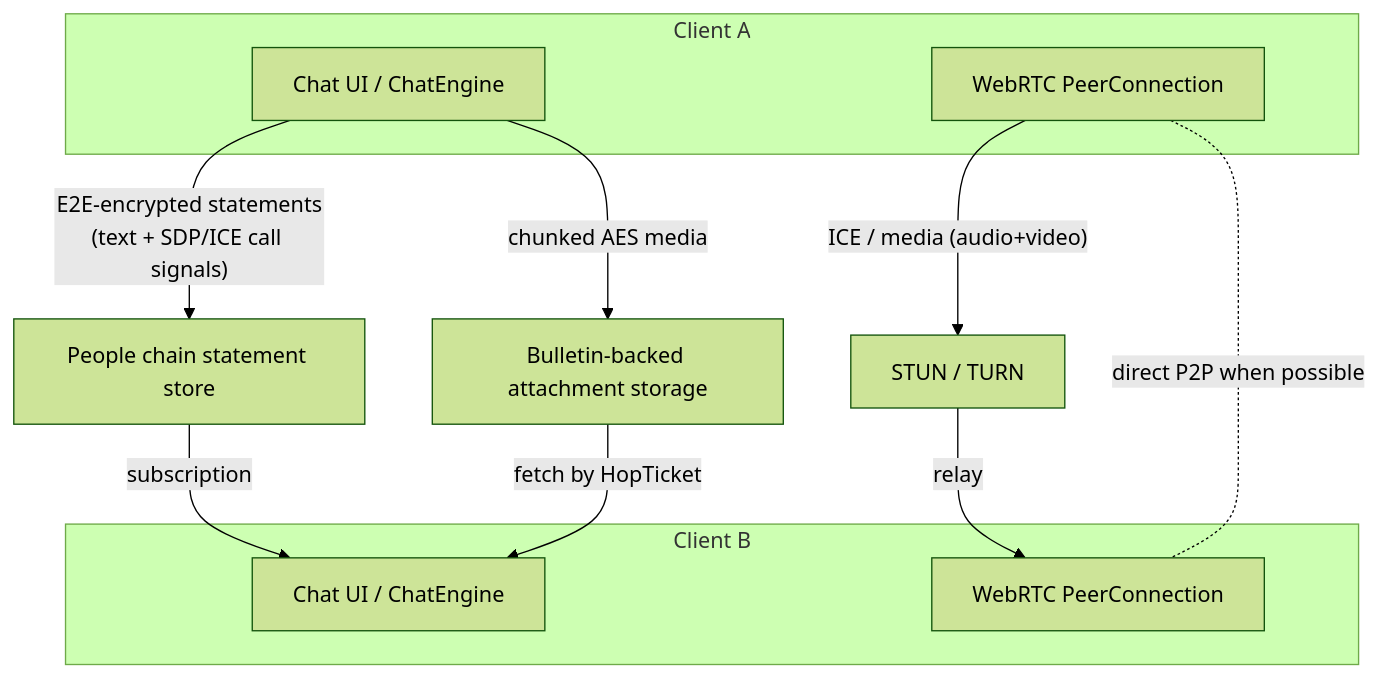
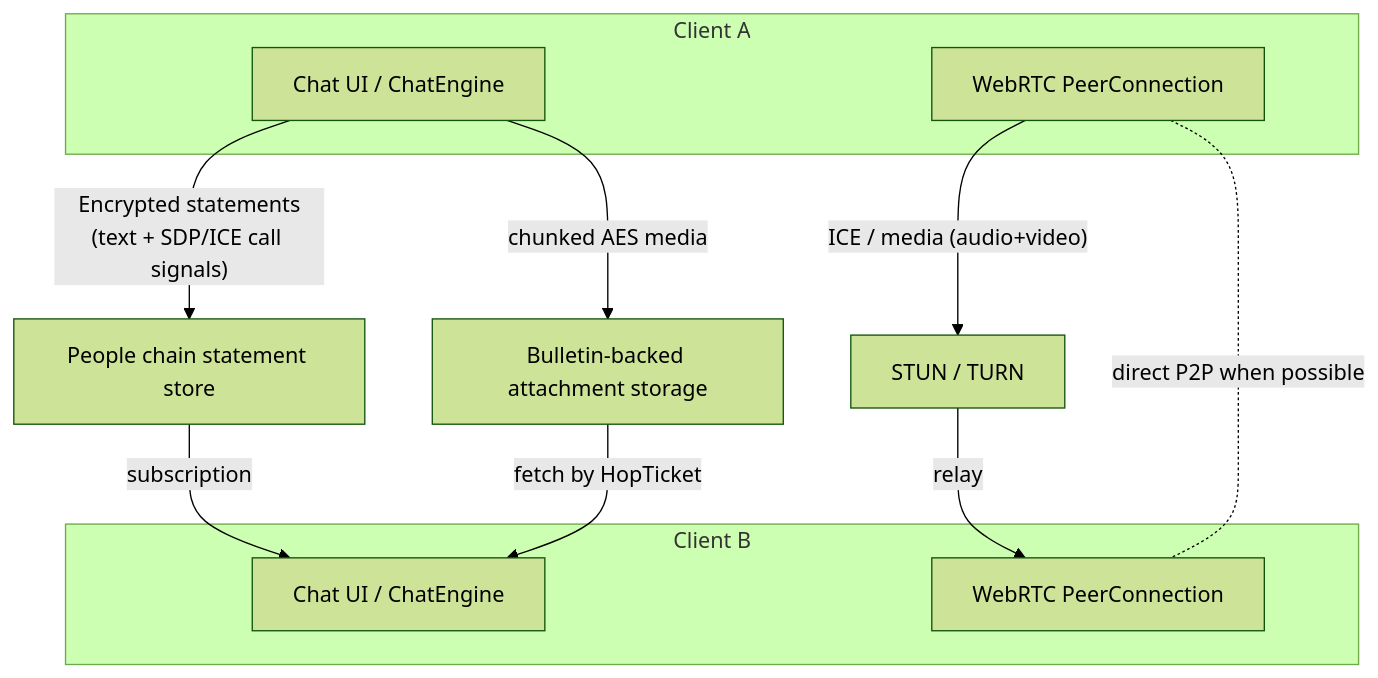
The second of 2 diagrams in docs/architecture/messaging.md (Polkadot-Community-Foundation/polkadot-app-docs), drawn with Mermaid (forest theme) before and after one commit. The commit also changed other lines of this file and 47 other files, not shown here.

````diff
--- a/docs/architecture/messaging.md
+++ b/docs/architecture/messaging.md
@@ -72,22 +67,22 @@
 ```mermaid
 flowchart TD
   subgraph ClientA[Client A]
     A1[Chat UI / ChatEngine]
     A2[WebRTC PeerConnection]
   end
   subgraph ClientB[Client B]
     B1[Chat UI / ChatEngine]
     B2[WebRTC PeerConnection]
   end
   SS["People chain statement store"]
   BC["Bulletin-backed attachment storage"]
   TURN["STUN / TURN"]
 
-  A1 -- "E2E-encrypted statements<br/>(text + SDP/ICE call signals)" --> SS
+  A1 -- "Encrypted statements<br/>(text + SDP/ICE call signals)" --> SS
   SS -- subscription --> B1
   A1 -- "chunked AES media" --> BC
   BC -- "fetch by HopTicket" --> B1
   A2 -- "ICE / media (audio+video)" --> TURN
   TURN -- relay --> B2
   A2 -. "direct P2P when possible" .- B2
 ```
````
